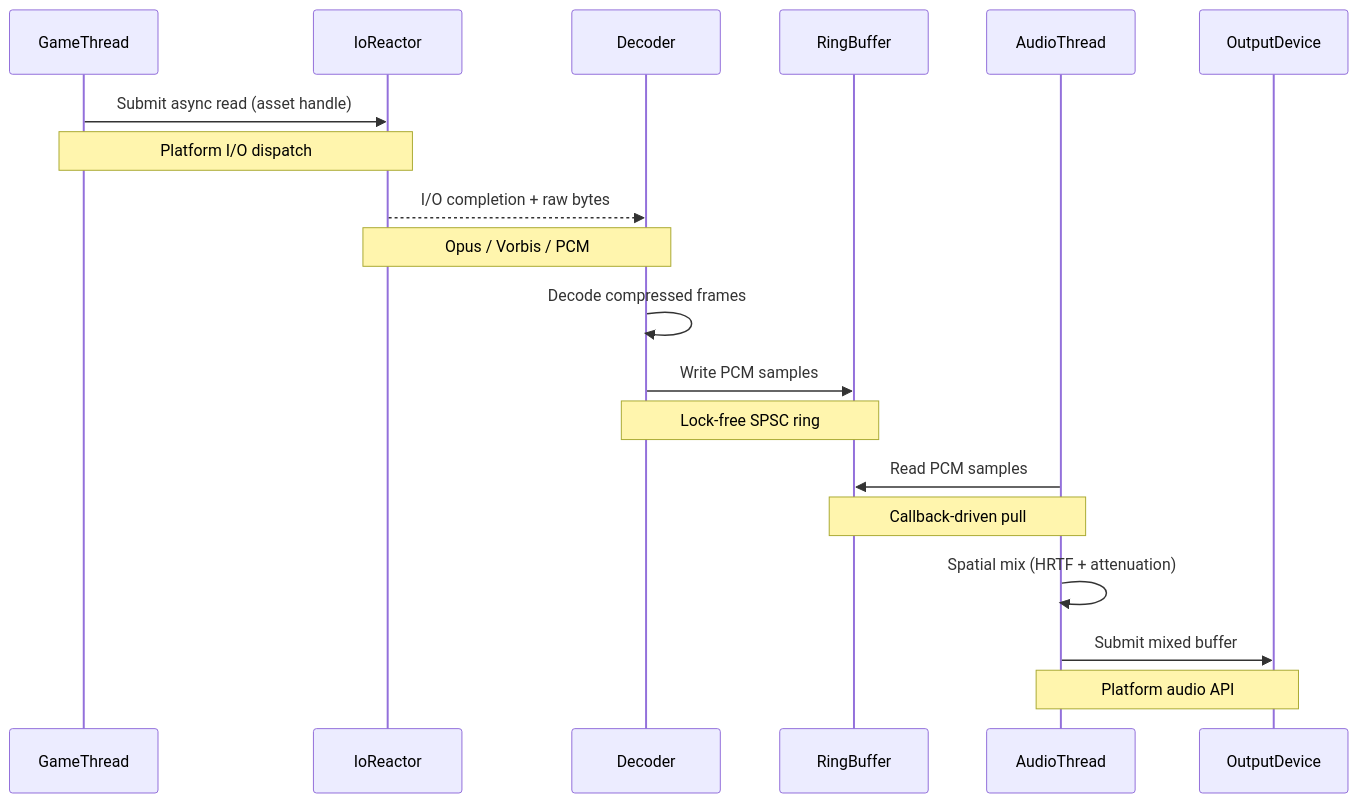
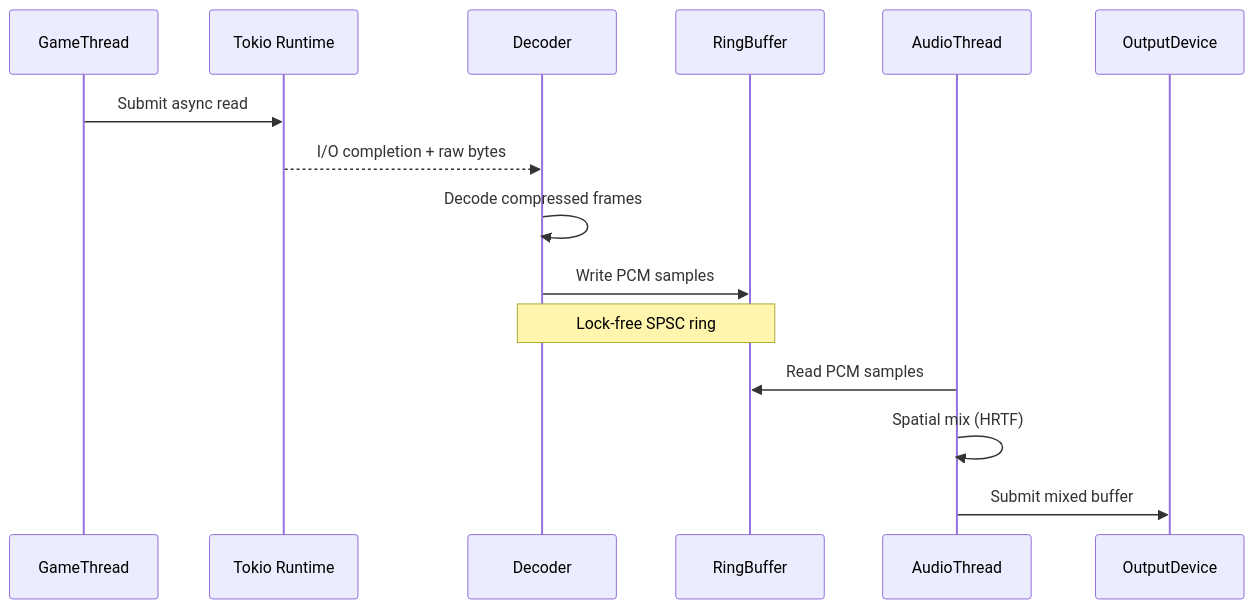
Before and after one commit to harmonius-dev/harmonius: diagram 13 of 15 in docs/architecture.md, drawn with Mermaid. The commit also changed other lines of this file and 229 other files, not shown here.

````diff
--- a/docs/architecture.md
+++ b/docs/architecture.md
@@ -1378,26 +1387,19 @@
 ```mermaid
 sequenceDiagram
     participant GT as GameThread
-    participant IO as IoReactor
+    participant IO as Tokio Runtime
     participant DC as Decoder
     participant RB as RingBuffer
     participant AT as AudioThread
     participant OD as OutputDevice
 
-    GT->>IO: Submit async read (asset handle)
-    Note over GT,IO: Platform I/O dispatch
-
+    GT->>IO: Submit async read
     IO-->>DC: I/O completion + raw bytes
-    Note over IO,DC: Opus / Vorbis / PCM
-
     DC->>DC: Decode compressed frames
     DC->>RB: Write PCM samples
     Note over DC,RB: Lock-free SPSC ring
 
     AT->>RB: Read PCM samples
-    Note over AT,RB: Callback-driven pull
-
-    AT->>AT: Spatial mix (HRTF + attenuation)
+    AT->>AT: Spatial mix (HRTF)
     AT->>OD: Submit mixed buffer
-    Note over AT,OD: Platform audio API
 ```
````
